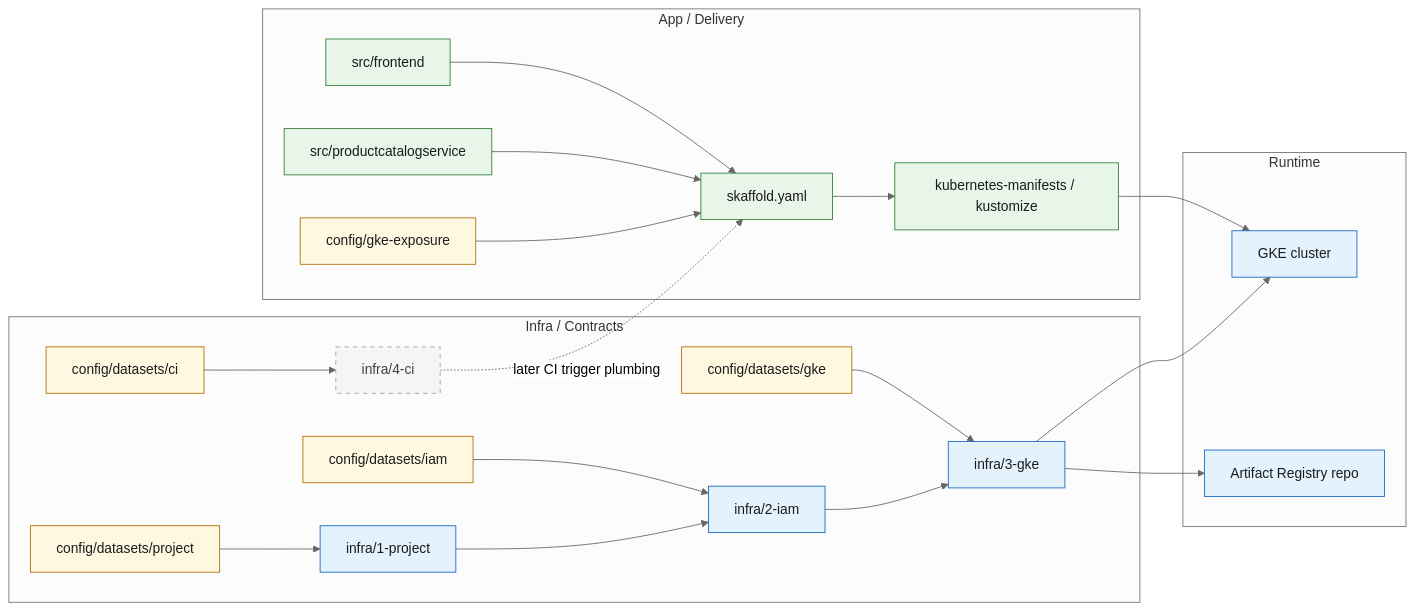
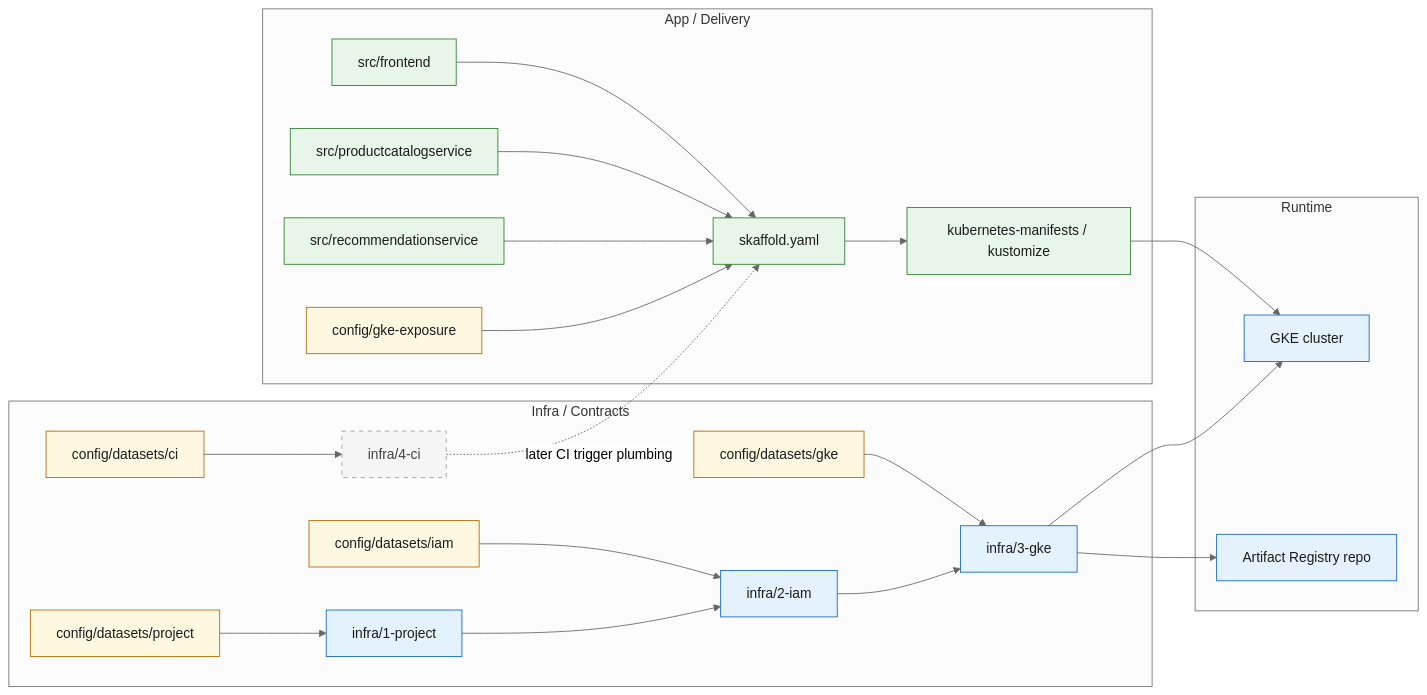
Before and after one commit to mehrworks/microservices-demo: the diagram in docs/architecture/app-to-infra-map.md, drawn with Mermaid (neutral theme). The commit also changed other lines of this file and 34 other files, not shown here.

````diff
--- a/docs/architecture/app-to-infra-map.md
+++ b/docs/architecture/app-to-infra-map.md
@@ -28,62 +28,65 @@
 ```mermaid
 flowchart LR
   classDef app fill:#e8f5e9,stroke:#2e7d32,color:#1b1b1b;
   classDef infra fill:#e3f2fd,stroke:#1565c0,color:#1b1b1b;
   classDef config fill:#fff8e1,stroke:#b26a00,color:#1b1b1b;
   classDef future fill:#f5f5f5,stroke:#9e9e9e,color:#424242,stroke-dasharray: 5 5;
 
   subgraph app_layer[App / Delivery]
     FE[src/frontend]
     PC[src/productcatalogservice]
+    RC[src/recommendationservice]
     SK[skaffold.yaml]
     MAN[kubernetes-manifests / kustomize]
     BIND[config/gke-exposure]
   end
 
   subgraph infra_layer[Infra / Contracts]
     PCFG[config/datasets/project]
     ICFG[config/datasets/iam]
     GCFG[config/datasets/gke]
     CCFG[config/datasets/ci]
     P1[infra/1-project]
     I2[infra/2-iam]
     G3[infra/3-gke]
     C4[infra/4-ci]
   end
 
   subgraph runtime[Runtime]
     CLUSTER[GKE cluster]
     AR[Artifact Registry repo]
   end
 
   FE --> SK
   PC --> SK
+  RC --> SK
   BIND --> SK
   SK --> MAN --> CLUSTER
 
   PCFG --> P1
   ICFG --> I2
   GCFG --> G3
   CCFG --> C4
 
   P1 --> I2 --> G3
   G3 --> CLUSTER
   G3 --> AR
   C4 -. later CI trigger plumbing .-> SK
 
   FE:::app
   PC:::app
+  RC:::app
   SK:::app
   MAN:::app
   BIND:::config
   PCFG:::config
   ICFG:::config
   GCFG:::config
   CCFG:::config
   P1:::infra
   I2:::infra
   G3:::infra
   C4:::future
   CLUSTER:::infra
   AR:::infra
 ```
````
